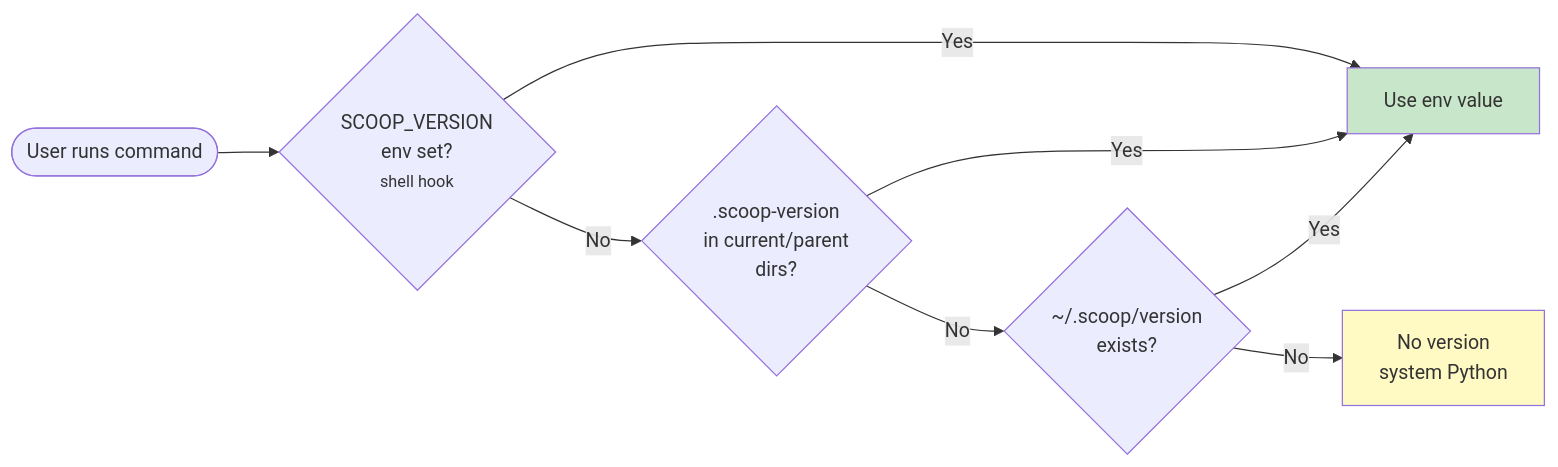
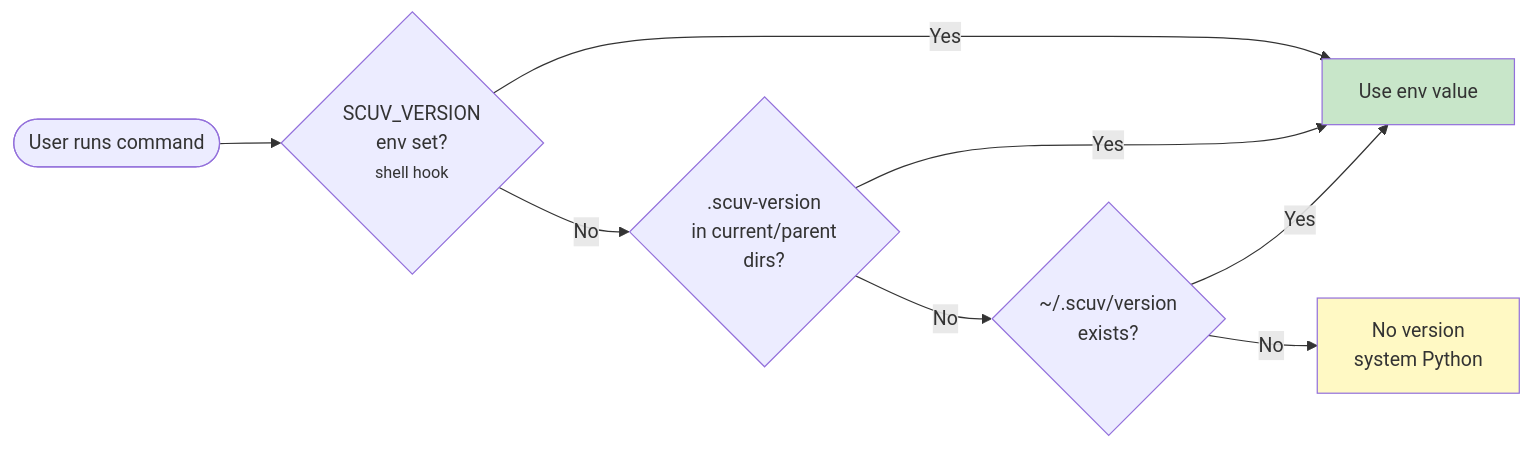
Before and after one commit to ai-screams/scoop-uv: the fourth of 6 diagrams in docs/src/development/architecture.md, drawn with Mermaid. The commit also changed other lines of this file and 46 other files, not shown here.

````diff
--- a/docs/src/development/architecture.md
+++ b/docs/src/development/architecture.md
@@ -218,13 +218,13 @@
 ```mermaid
 graph LR
-    Start([User runs command]) --> Env{SCOOP_VERSION<br/>env set?<br/><small>shell hook</small>}
+    Start([User runs command]) --> Env{SCUV_VERSION<br/>env set?<br/><small>shell hook</small>}
     Env -->|Yes| Use[Use env value]
-    Env -->|No| Local{.scoop-version<br/>in current/parent<br/>dirs?}
+    Env -->|No| Local{.scuv-version<br/>in current/parent<br/>dirs?}
     Local -->|Yes| Use
-    Local -->|No| Global{~/.scoop/version<br/>exists?}
+    Local -->|No| Global{~/.scuv/version<br/>exists?}
     Global -->|Yes| Use
     Global -->|No| None[No version<br/>system Python]
 
     style Use fill:#c8e6c9
     style None fill:#fff9c4
 ```
````
